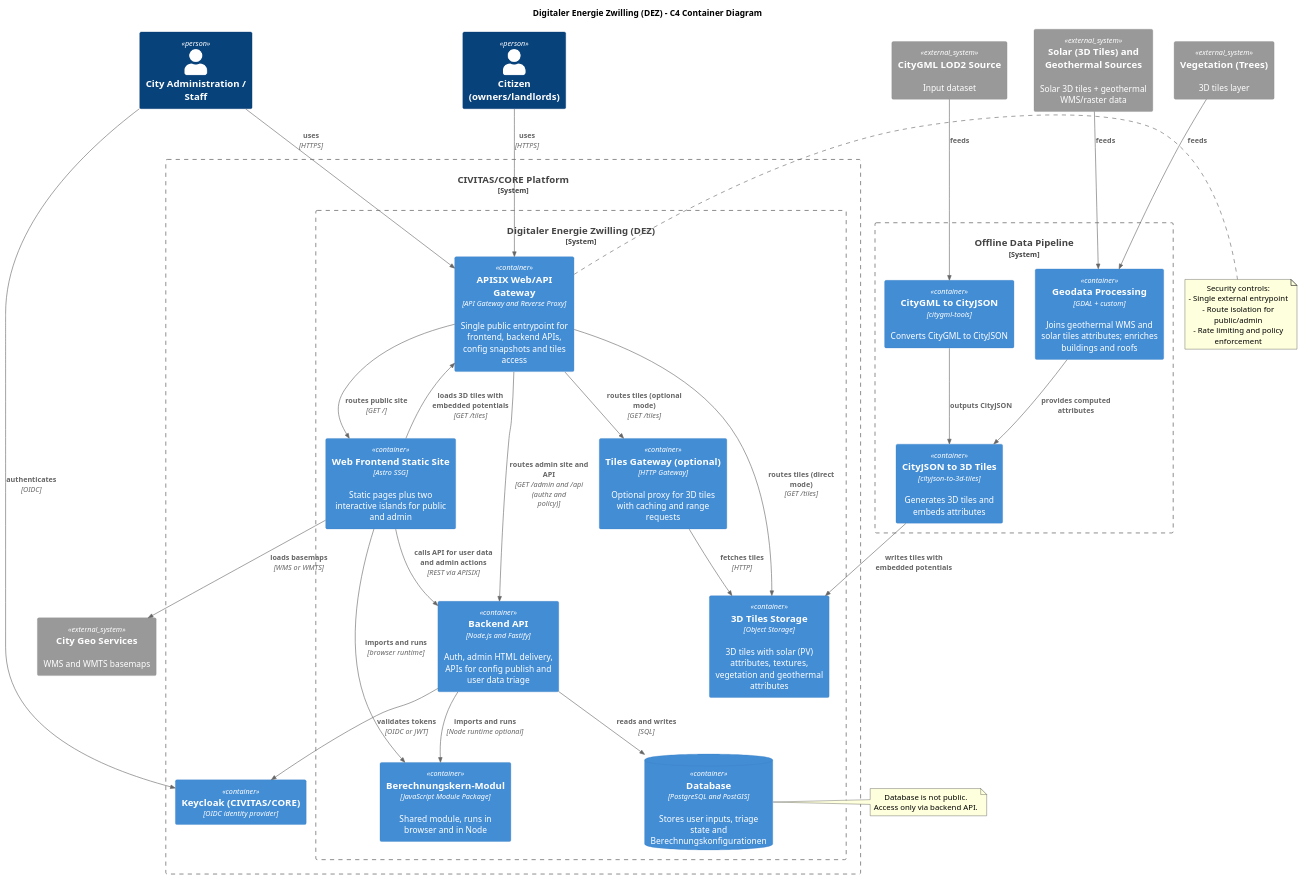
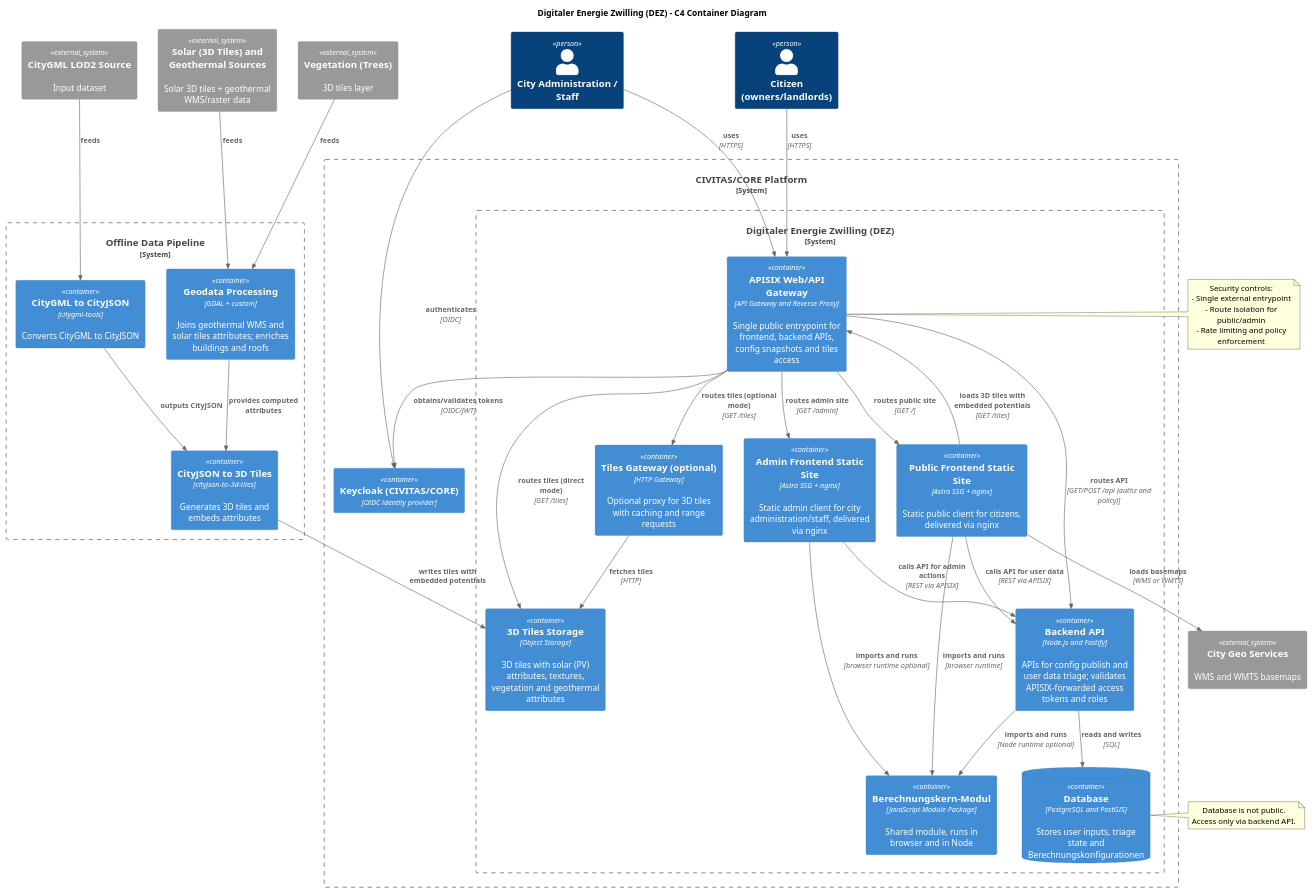
Before and after one commit to csi-FOXBYTE/Regensburg_DigitalerEnergieZwilling_Backend: the diagram in docs/architecture/raw/c4-container.puml, drawn with PlantUML. The commit also changed other lines of this file and 39 other files, not shown here.

```diff
--- a/docs/architecture/raw/c4-container.puml
+++ b/docs/architecture/raw/c4-container.puml
@@ -1,80 +1,84 @@
 @startuml
 !includeurl https://raw.githubusercontent.com/plantuml-stdlib/C4-PlantUML/master/C4_Container.puml
 
 title Digitaler Energie Zwilling (DEZ) - C4 Container Diagram
 
 Person(citizen, "Citizen (owners/landlords)")
 Person(admin, "City Administration / Staff")
 
 System_Boundary(civitas, "CIVITAS/CORE Platform") {
   System_Boundary(det, "Digitaler Energie Zwilling (DEZ)") {
 
     Container(gateway, "APISIX Web/API Gateway", "API Gateway and Reverse Proxy", "Single public entrypoint for frontend, backend APIs, config snapshots and tiles access")
 
-    Container(frontend, "Web Frontend Static Site", "Astro SSG", "Static pages plus two interactive islands for public and admin")
+    Container(frontendPublic, "Public Frontend Static Site", "Astro SSG + nginx", "Static public client for citizens, delivered via nginx")
+    Container(frontendAdmin, "Admin Frontend Static Site", "Astro SSG + nginx", "Static admin client for city administration/staff, delivered via nginx")
 
-    Container(backend, "Backend API", "Node.js and Fastify", "Auth, admin HTML delivery, APIs for config publish and user data triage")
+    Container(backend, "Backend API", "Node.js and Fastify", "APIs for config publish and user data triage; validates APISIX-forwarded access tokens and roles")
 
     Container(calcCore, "Berechnungskern-Modul", "JavaScript Module Package", "Shared module, runs in browser and in Node")
 
     Container(tilesGw, "Tiles Gateway (optional)", "HTTP Gateway", "Optional proxy for 3D tiles with caching and range requests")
     Container(tilesStore, "3D Tiles Storage", "Object Storage", "3D tiles with solar (PV) attributes, textures, vegetation and geothermal attributes")
 
     ContainerDb(db, "Database", "PostgreSQL and PostGIS", "Stores user inputs, triage state and Berechnungskonfigurationen")
   }
 
   Container(idp, "Keycloak (CIVITAS/CORE)", "OIDC identity provider")
 }
 System_Ext(geo, "City Geo Services", "WMS and WMTS basemaps")
 
 System_Ext(citygml, "CityGML LOD2 Source", "Input dataset")
 System_Ext(potentials, "Solar (3D Tiles) and Geothermal Sources", "Solar 3D tiles + geothermal WMS/raster data")
 System_Ext(vegetation, "Vegetation (Trees)", "3D tiles layer")
 
 System_Boundary(pipeline, "Offline Data Pipeline") {
   Container(citygmlTools, "CityGML to CityJSON", "citygml-tools", "Converts CityGML to CityJSON")
   Container(gdal, "Geodata Processing", "GDAL + custom", "Joins geothermal WMS and solar tiles attributes; enriches buildings and roofs")
   Container(tilesConv, "CityJSON to 3D Tiles", "cityjson-to-3d-tiles", "Generates 3D tiles and embeds attributes")
 }
 
 Rel(citizen, gateway, "uses", "HTTPS")
 Rel(admin, gateway, "uses", "HTTPS")
 
-Rel(gateway, frontend, "routes public site", "GET /")
-Rel(gateway, backend, "routes admin site and API", "GET /admin and /api (authz and policy)")
+Rel(gateway, frontendPublic, "routes public site", "GET /")
+Rel(gateway, frontendAdmin, "routes admin site", "GET /admin")
+Rel(gateway, backend, "routes API", "GET/POST /api (authz and policy)")
 Rel(gateway, tilesGw, "routes tiles (optional mode)", "GET /tiles")
 Rel(gateway, tilesStore, "routes tiles (direct mode)", "GET /tiles")
 
 Rel(admin, idp, "authenticates", "OIDC")
-Rel(backend, idp, "validates tokens", "OIDC or JWT")
+Rel(gateway, idp, "obtains/validates tokens", "OIDC/JWT")
 
-Rel(frontend, calcCore, "imports and runs", "browser runtime")
+Rel(frontendPublic, calcCore, "imports and runs", "browser runtime")
+Rel(frontendAdmin, calcCore, "imports and runs", "browser runtime optional")
 Rel(backend, calcCore, "imports and runs", "Node runtime optional")
 
-Rel(frontend, geo, "loads basemaps", "WMS or WMTS")
-Rel(frontend, gateway, "loads 3D tiles with embedded potentials", "GET /tiles")
+Rel(frontendPublic, geo, "loads basemaps", "WMS or WMTS")
+Rel(frontendPublic, gateway, "loads 3D tiles with embedded potentials", "GET /tiles")
 Rel(tilesGw, tilesStore, "fetches tiles", "HTTP")
 
 Rel(backend, db, "reads and writes", "SQL")
-Rel(frontend, backend, "calls API for user data and admin actions", "REST via APISIX")
+Rel(frontendPublic, backend, "calls API for user data", "REST via APISIX")
+Rel(frontendAdmin, backend, "calls API for admin actions", "REST via APISIX")
 
 Rel(citygml, citygmlTools, "feeds")
 Rel(potentials, gdal, "feeds")
 Rel(vegetation, gdal, "feeds")
 Rel(citygmlTools, tilesConv, "outputs CityJSON")
 Rel(gdal, tilesConv, "provides computed attributes")
 Rel(tilesConv, tilesStore, "writes tiles with embedded potentials")
 
 note right of gateway
 Security controls:
 - Single external entrypoint
 - Route isolation for public/admin
 - Rate limiting and policy enforcement
 end note
 
 note right of db
 Database is not public.
 Access only via backend API.
 end note
 
 @enduml
```
